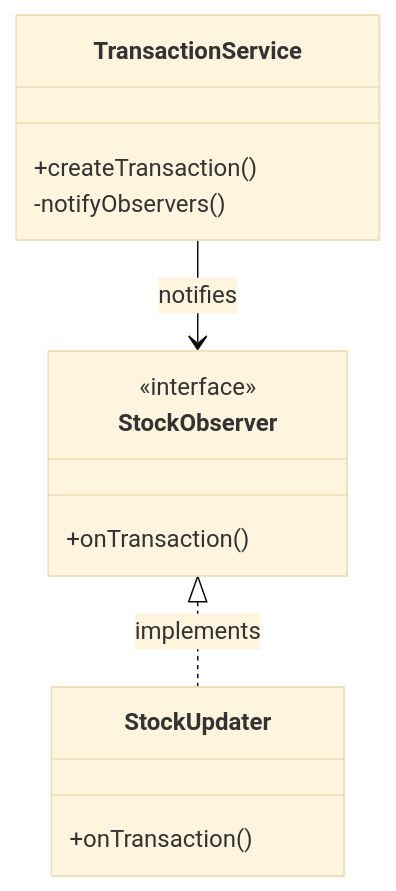
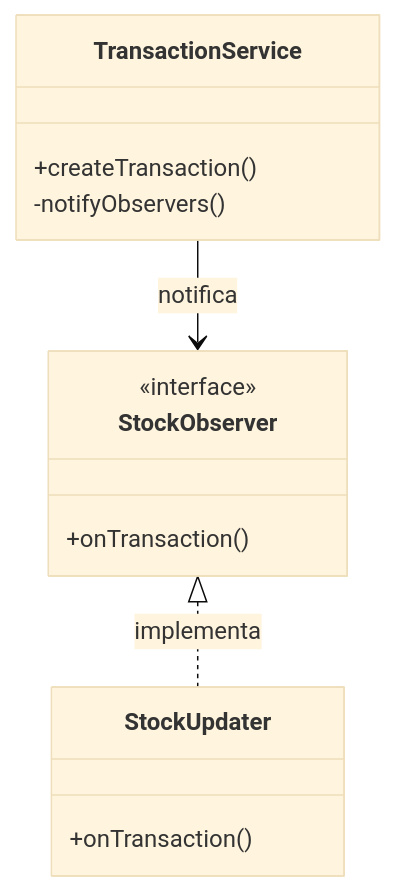
Before and after one commit to WilberC/design_patterns: the second of 3 diagrams in README.md, drawn with Mermaid (base theme). The commit also changed other lines of this file and 1 other file, not shown here.

````diff
--- a/README.md
+++ b/README.md
@@ -63,16 +65,16 @@
 ```mermaid
 classDiagram
     class TransactionService {
         +createTransaction()
         -notifyObservers()
     }
     class StockObserver {
         <<interface>>
         +onTransaction()
     }
     class StockUpdater {
         +onTransaction()
     }
-    TransactionService --> StockObserver : notifies
-    StockObserver <|.. StockUpdater : implements
+    TransactionService --> StockObserver : notifica
+    StockObserver <|.. StockUpdater : implementa
 ```
````
